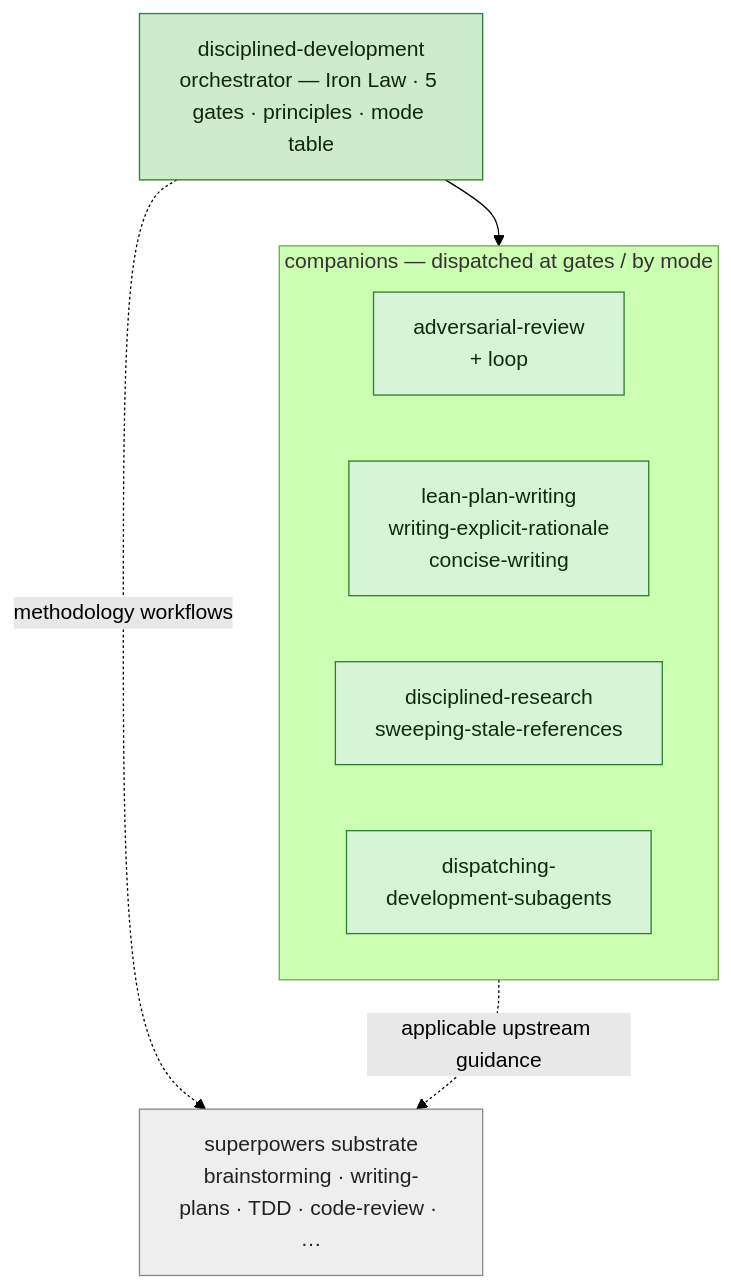
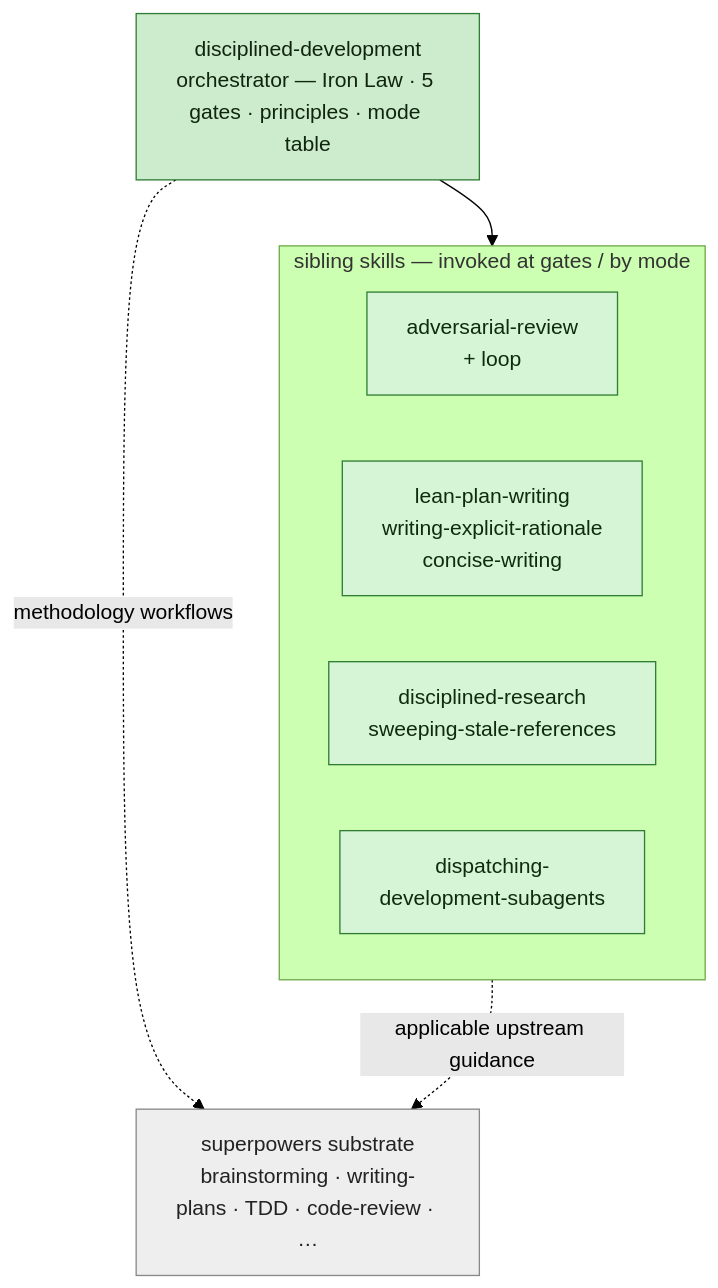
The second of 6 diagrams in ARCHITECTURE.md (midris/disciplined-development-skills), drawn with Mermaid (forest theme) before and after one commit. The commit also changed other lines of this file and 7 other files, not shown here.

````diff
--- a/ARCHITECTURE.md
+++ b/ARCHITECTURE.md
@@ -92,21 +94,21 @@
 ```mermaid
 flowchart TB
     DD["disciplined-development<br/>orchestrator — Iron Law · 5 gates · principles · mode table"]
-    subgraph COMP["companions — dispatched at gates / by mode"]
+    subgraph COMP["sibling skills — invoked at gates / by mode"]
         direction LR
         REV["adversarial-review<br/>+ loop"]
         AUTH["lean-plan-writing<br/>writing-explicit-rationale<br/>concise-writing"]
         GR["disciplined-research<br/>sweeping-stale-references"]
         DSP["dispatching-<br/>development-subagents"]
     end
     SP["superpowers substrate<br/>brainstorming · writing-plans · TDD · code-review · …"]
     DD --> COMP
     DD -.->|"methodology workflows"| SP
     COMP -.->|"applicable upstream guidance"| SP
     classDef o fill:#cdeccd,stroke:#2e7d32,color:#10250f;
     classDef c fill:#d6f5d6,stroke:#2e7d32,color:#102a10;
     classDef sp fill:#eeeeee,stroke:#888888,color:#222222;
     class DD o
     class REV,AUTH,GR,DSP c
     class SP sp
 ```
````
